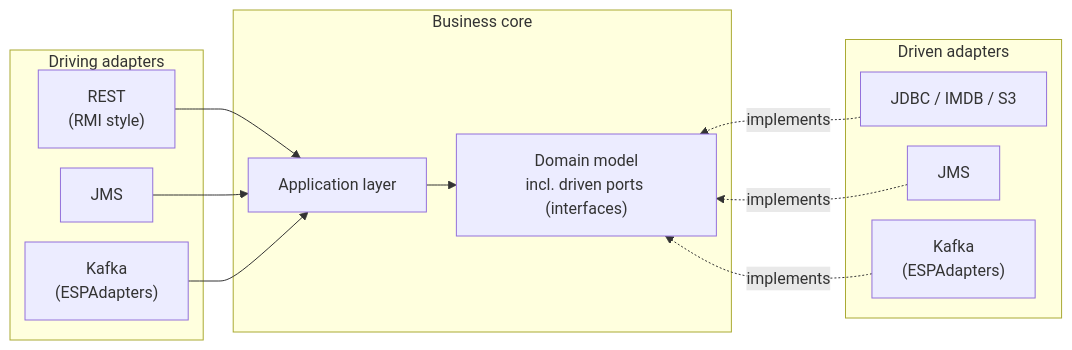
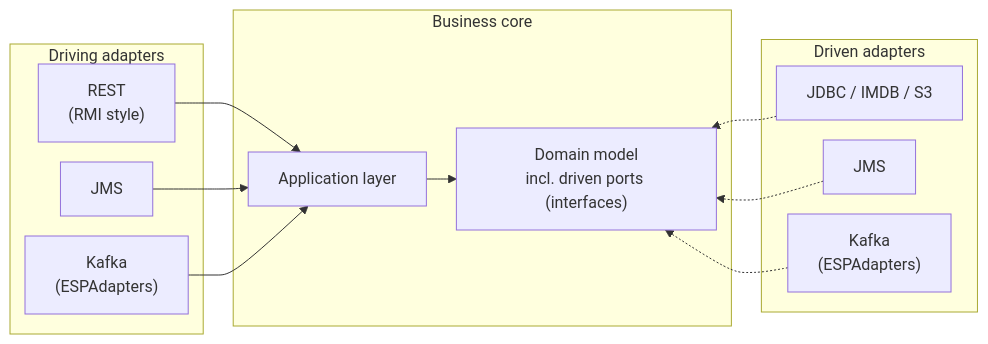
The diagram in README.md (jexxa-projects/Jexxa), drawn with Mermaid before and after one commit.

Commit message:
Chore(docu) cleanup Mermaid diagram

````diff
--- a/README.md
+++ b/README.md
@@ -113,36 +113,36 @@
 ```mermaid
 %%{init: {'flowchart': {'rankSpacing': 30, 'nodeSpacing': 20}}}%%
 flowchart LR
     subgraph Driving["Driving adapters"]
         REST["REST \n(RMI style)"]
         JMS_IN["JMS"]
         KAFKA_IN["Kafka \n(ESPAdapters)"]
     end
 
     subgraph Core["Business core"]
         APP["Application layer"]
         DOMAIN["Domain model<br/>incl. driven ports (interfaces)"]
         APP --> DOMAIN
     end
 
     subgraph Driven["Driven adapters"]
         JDBC["JDBC / IMDB / S3"]
         JMS["JMS "]
         KAFKA["Kafka \n(ESPAdapters)"]
     end
 
     REST --> APP
     JMS_IN --> APP
     KAFKA_IN --> APP
 
 %% Unsichtbare Linien halten die "Driven"-Boxen rechts fest:
     DOMAIN ~~~ JDBC
     DOMAIN ~~~ JMS
     DOMAIN ~~~ KAFKA
 
 %% Die Pfeile werden von rechts nach links geschrieben, zeigen also nach links zum Core:
-    JDBC -.-> |implements| DOMAIN
-    JMS -.-> |implements| DOMAIN
-    KAFKA -.-> |implements| DOMAIN
+    JDBC -.->  DOMAIN
+    JMS -.->  DOMAIN
+    KAFKA -.-> DOMAIN
 
 ```
````
